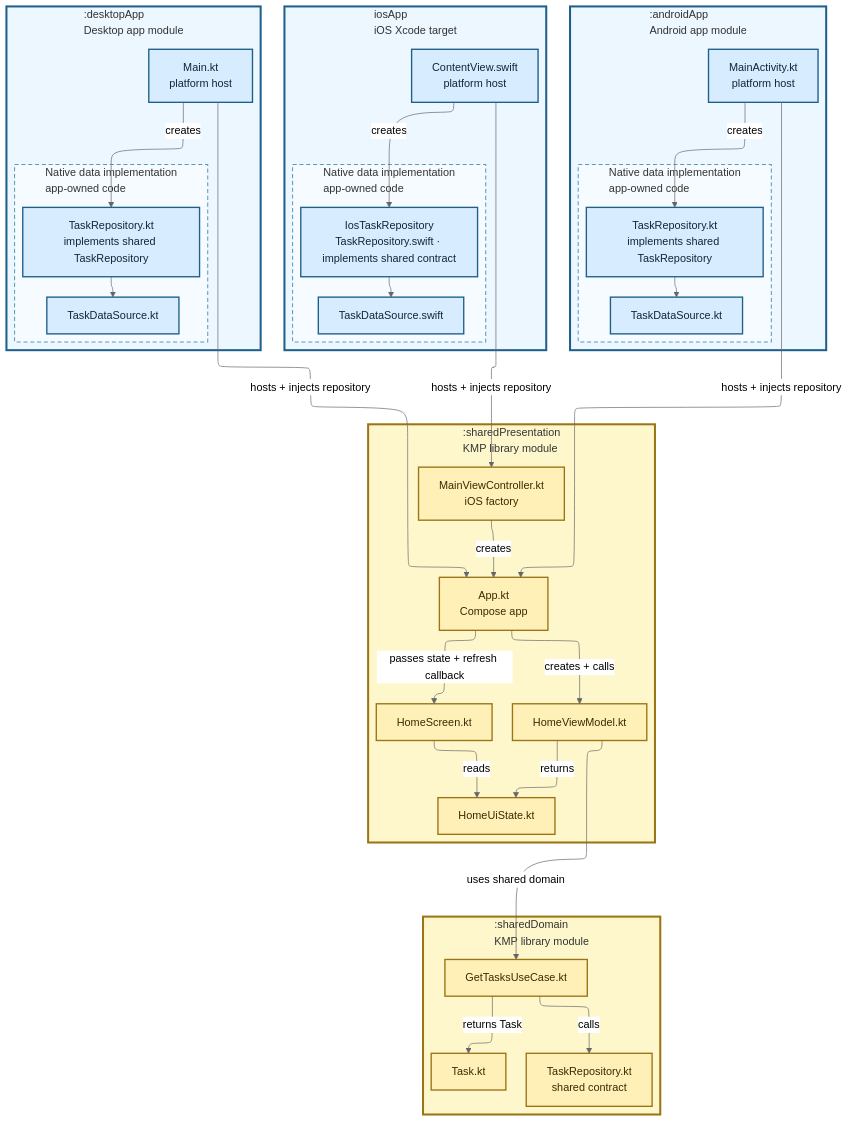
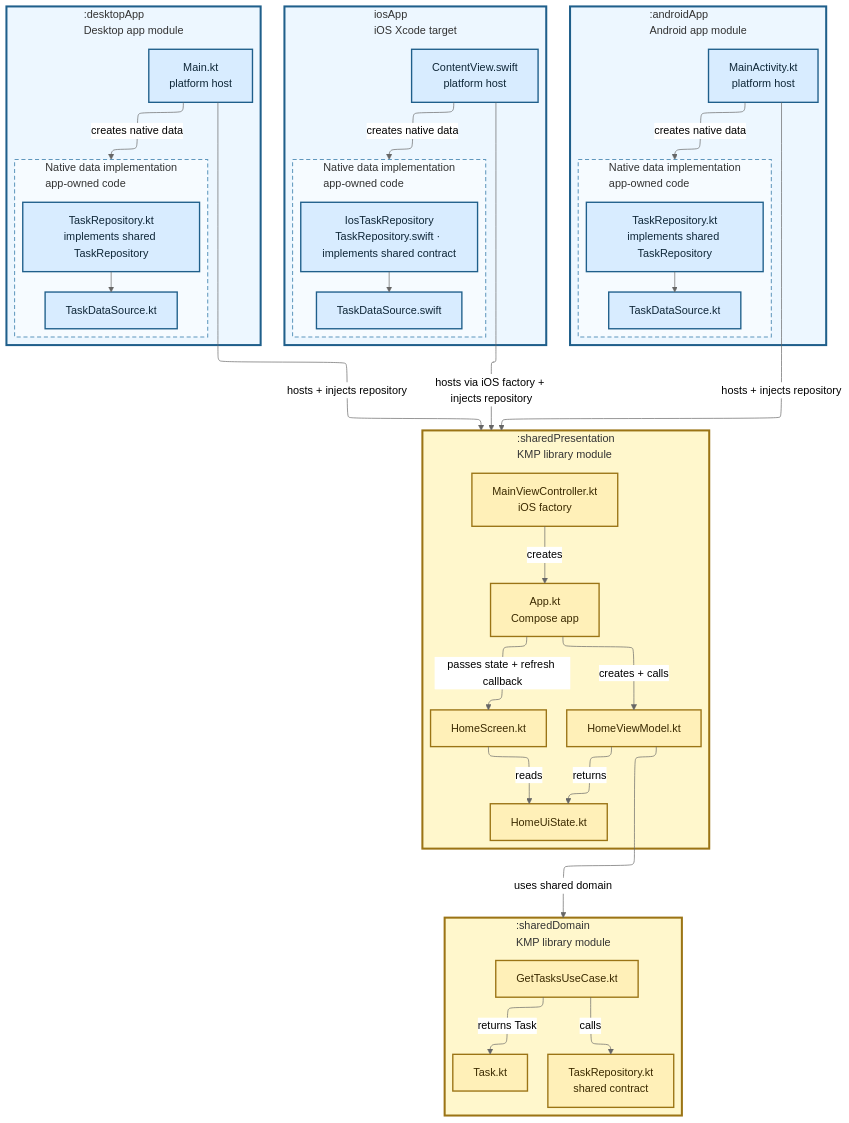
The diagram in diagrams/19-three-layer-kmp-domain-presentation.md (TheSetox/kmp-sample-diagrams), drawn with Mermaid (neutral theme) before and after one commit. The commit also changed 38 other files, not shown here.

Commit message:
docs: clarify diagram typography and routing

```diff
--- a/diagrams/19-three-layer-kmp-domain-presentation.md
+++ b/diagrams/19-three-layer-kmp-domain-presentation.md
@@ -19,7 +19,7 @@
       ADataSource["TaskDataSource.kt"]
       ARepository --> ADataSource
     end
-    AEntry -->|"creates"| ARepository
+    AEntry -->|"creates native data"| AData
   end
 
   subgraph IOS["iosApp\niOS Xcode target"]
@@ -31,7 +31,7 @@
       IDataSource["TaskDataSource.swift"]
       IRepository --> IDataSource
     end
-    IEntry -->|"creates"| IRepository
+    IEntry -->|"creates native data"| IData
   end
 
   subgraph Desktop[":desktopApp\nDesktop app module"]
@@ -43,7 +43,7 @@
       DDataSource["TaskDataSource.kt"]
       DRepository --> DDataSource
     end
-    DEntry -->|"creates"| DRepository
+    DEntry -->|"creates native data"| DData
   end
 
   subgraph Presentation[":sharedPresentation\nKMP library module"]
@@ -69,10 +69,10 @@
     UseCase -->|"calls"| RepositoryPort
   end
 
-  DEntry -->|"hosts + injects repository"| App
-  IEntry -->|"hosts + injects repository"| Controller
-  AEntry -->|"hosts + injects repository"| App
-  VM -->|"uses shared domain"| UseCase
+  DEntry -->|"hosts + injects repository"| Presentation
+  IEntry -->|"hosts via iOS factory + injects repository"| Presentation
+  AEntry -->|"hosts + injects repository"| Presentation
+  VM -->|"uses shared domain"| Domain
 
   classDef app fill:#d8ecff,stroke:#1f5f8b,color:#0f2738,stroke-width:2px;
   classDef kmp fill:#fff0b8,stroke:#9b7415,color:#3b2a00,stroke-width:2px;
```
